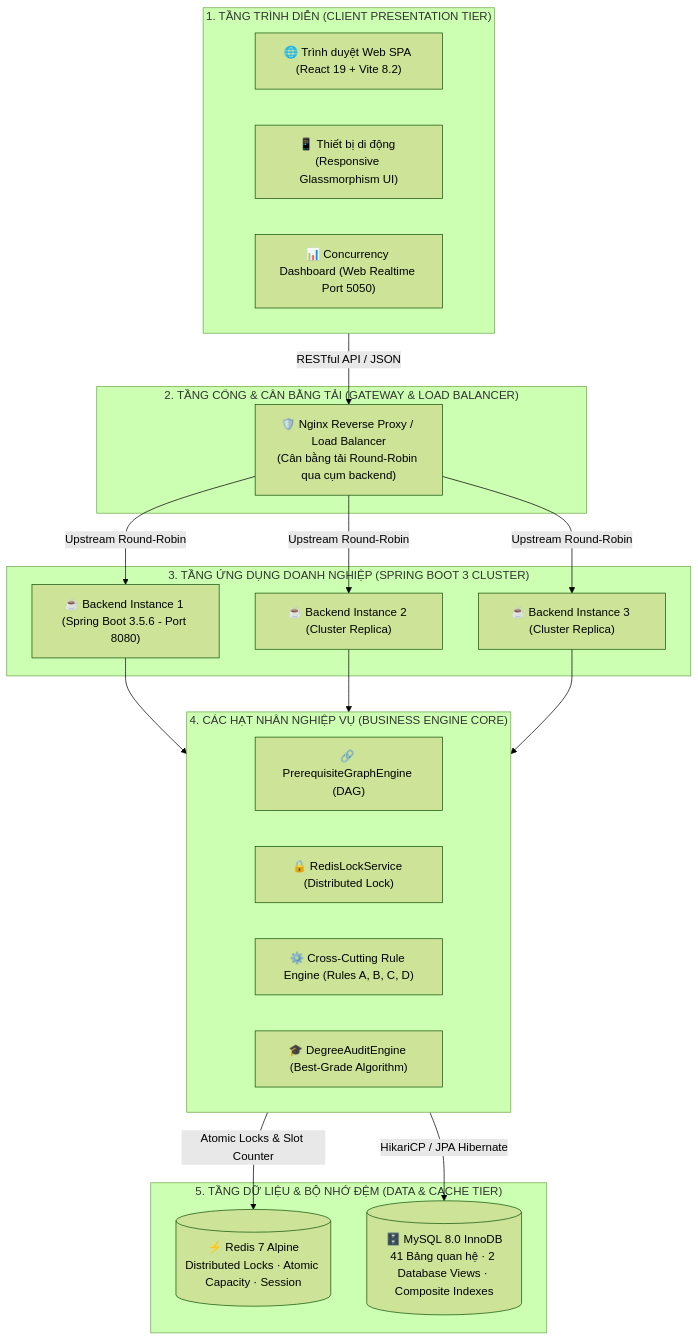
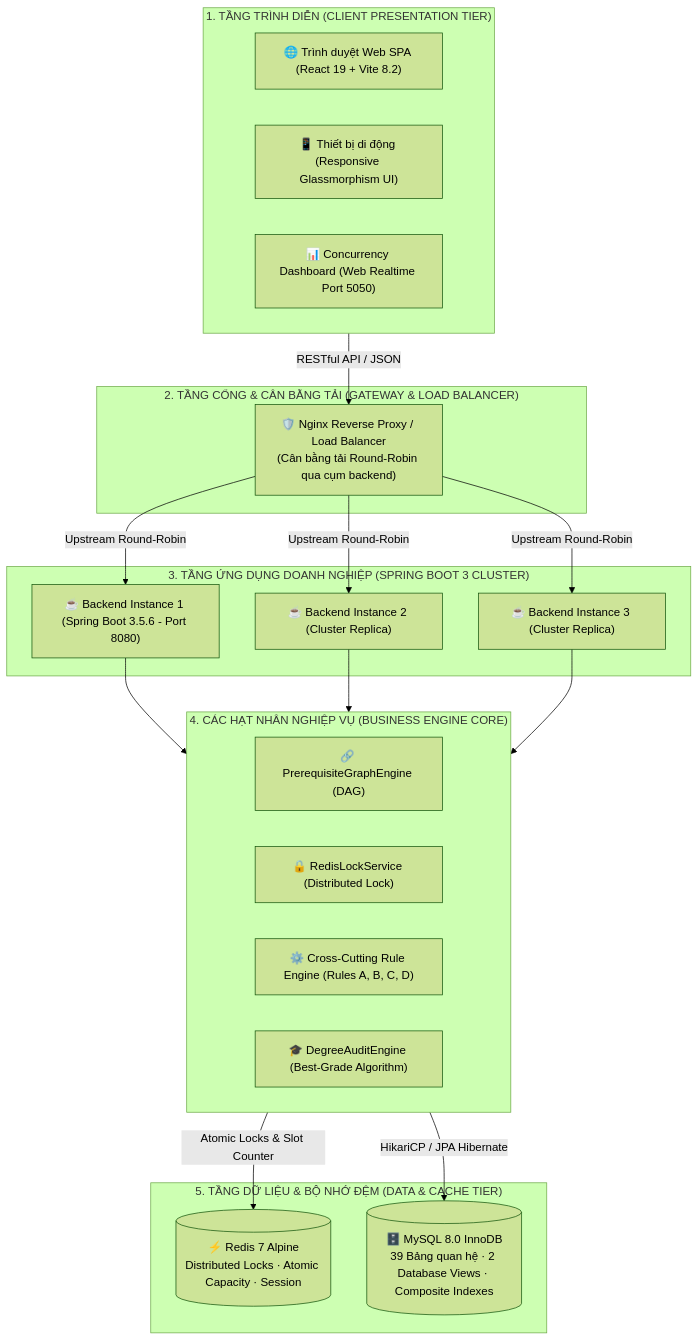
The first of 3 diagrams in README.md (DevMarkie/DoAnChuyenNganh), drawn with Mermaid (forest theme) before and after one commit. The commit also changed other lines of this file and 93 other files, not shown here.

````diff
--- a/README.md
+++ b/README.md
@@ -61,39 +61,39 @@
 ```mermaid
 flowchart TD
     subgraph ClientLayer ["1. TẦNG TRÌNH DIỄN (CLIENT PRESENTATION TIER)"]
         Browser["🌐 Trình duyệt Web SPA (React 19 + Vite 8.2)"]
         Mobile["📱 Thiết bị di động (Responsive Glassmorphism UI)"]
         LoadTestUI["📊 Concurrency Dashboard (Web Realtime Port 5050)"]
     end
 
     subgraph GatewayLayer ["2. TẦNG CỔNG & CÂN BẰNG TẢI (GATEWAY & LOAD BALANCER)"]
         Nginx["🛡️ Nginx Reverse Proxy / Load Balancer\n(Cân bằng tải Round-Robin qua cụm backend)"]
     end
 
     subgraph AppLayer ["3. TẦNG ỨNG DỤNG DOANH NGHIỆP (SPRING BOOT 3 CLUSTER)"]
         Backend1["☕ Backend Instance 1 (Spring Boot 3.5.6 - Port 8080)"]
         Backend2["☕ Backend Instance 2 (Cluster Replica)"]
         Backend3["☕ Backend Instance 3 (Cluster Replica)"]
     end
 
     subgraph ServiceCore ["4. CÁC HẠT NHÂN NGHIỆP VỤ (BUSINESS ENGINE CORE)"]
         DAGEngine["🔗 PrerequisiteGraphEngine (DAG)"]
         LockService["🔒 RedisLockService (Distributed Lock)"]
         RuleEngine["⚙️ Cross-Cutting Rule Engine (Rules A, B, C, D)"]
         AuditEngine["🎓 DegreeAuditEngine (Best-Grade Algorithm)"]
     end
 
     subgraph DataLayer ["5. TẦNG DỮ LIỆU & BỘ NHỚ ĐỆM (DATA & CACHE TIER)"]
         Redis[("⚡ Redis 7 Alpine\nDistributed Locks · Atomic Capacity · Session")]
-        MySQL[("🗄️ MySQL 8.0 InnoDB\n41 Bảng quan hệ · 2 Database Views · Composite Indexes")]
+        MySQL[("🗄️ MySQL 8.0 InnoDB\n39 Bảng quan hệ · 2 Database Views · Composite Indexes")]
     end
 
     ClientLayer -->|RESTful API / JSON| Nginx
     Nginx -->|Upstream Round-Robin| Backend1
     Nginx -->|Upstream Round-Robin| Backend2
     Nginx -->|Upstream Round-Robin| Backend3
 
     Backend1 & Backend2 & Backend3 --> ServiceCore
     ServiceCore -->|Atomic Locks & Slot Counter| Redis
     ServiceCore -->|HikariCP / JPA Hibernate| MySQL
 ```
````
